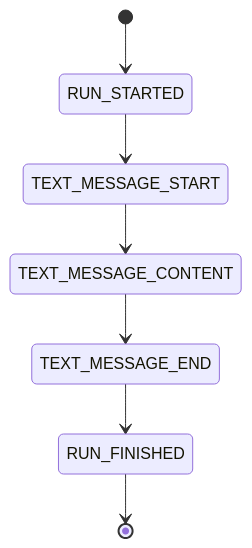
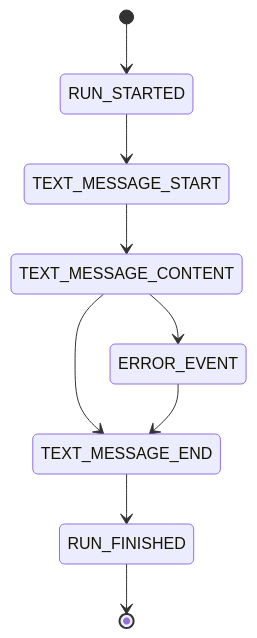
One commit to vbwyrde/AG_UI_Test changed the third of 4 diagrams in DOCUMENTATION.md. Above: the diagram before and after it, drawn with Mermaid. The commit also changed other lines of this file and 5 other files, not shown here.

````diff
--- a/DOCUMENTATION.md
+++ b/DOCUMENTATION.md
@@ -64,9 +97,11 @@
 ```mermaid
 stateDiagram-v2
     [*] --> RUN_STARTED
     RUN_STARTED --> TEXT_MESSAGE_START
     TEXT_MESSAGE_START --> TEXT_MESSAGE_CONTENT
     TEXT_MESSAGE_CONTENT --> TEXT_MESSAGE_END
     TEXT_MESSAGE_END --> RUN_FINISHED
     RUN_FINISHED --> [*]
+    TEXT_MESSAGE_CONTENT --> ERROR_EVENT
+    ERROR_EVENT --> TEXT_MESSAGE_END
 ```
````
